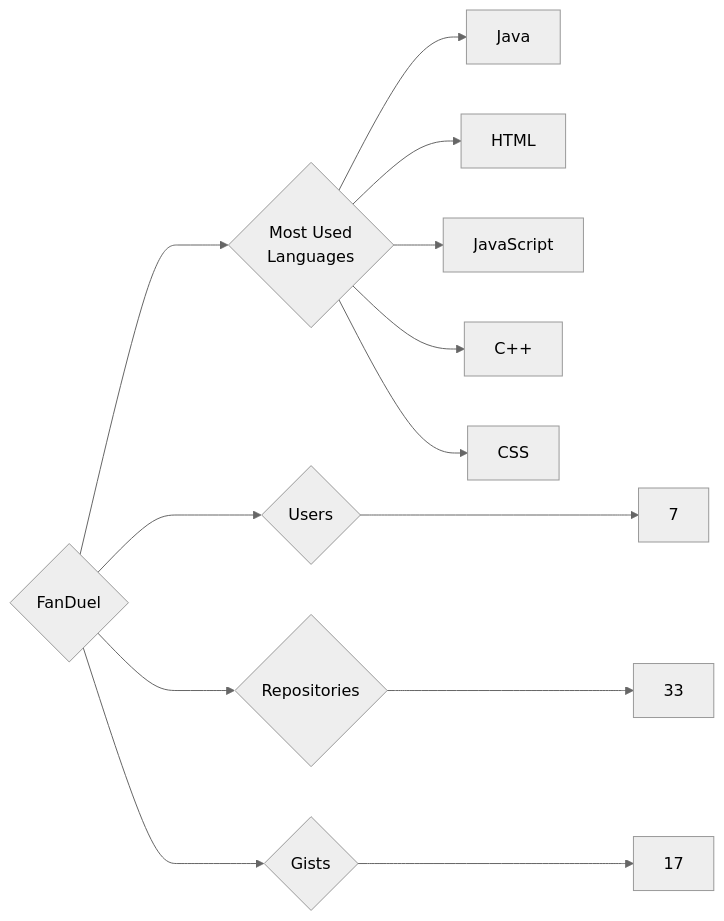
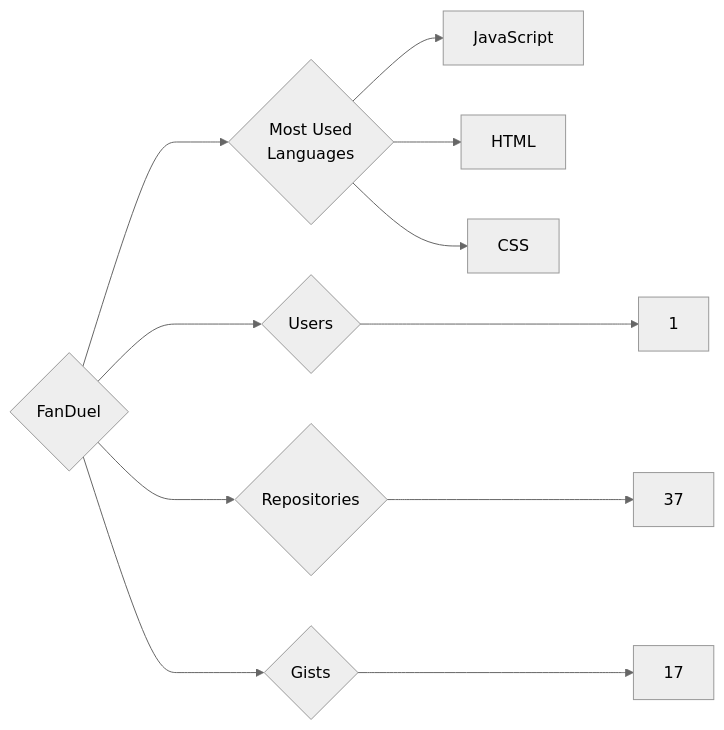
One commit to trickest/insiders changed the diagram in targets/FanDuel/README.md. Above: the diagram before and after it, drawn with Mermaid (neutral theme). The commit also changed 840 other files, not shown here.

````diff
--- a/targets/FanDuel/README.md
+++ b/targets/FanDuel/README.md
@@ -3,13 +3,11 @@
 ```mermaid
 graph LR
 COMPANY_NAME{FanDuel}
-COMPANY_NAME ---> U{Users} ---> UN[7]
-COMPANY_NAME ---> R{Repositories} ---> RN[33]
+COMPANY_NAME ---> U{Users} ---> UN[1]
+COMPANY_NAME ---> R{Repositories} ---> RN[37]
 COMPANY_NAME ---> G{Gists} ---> GN[17]
 COMPANY_NAME ---> ML{Most Used<br>Languages}
-ML --> Java[Java]
+ML --> JavaScript[JavaScript]
 ML --> HTML[HTML]
-ML --> JavaScript[JavaScript]
-ML --> C++[C++]
 ML --> CSS[CSS]
 ```
````
